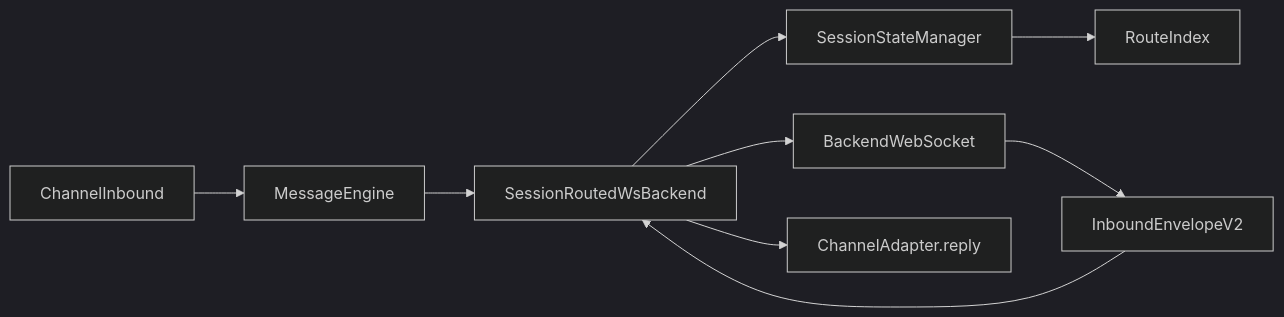
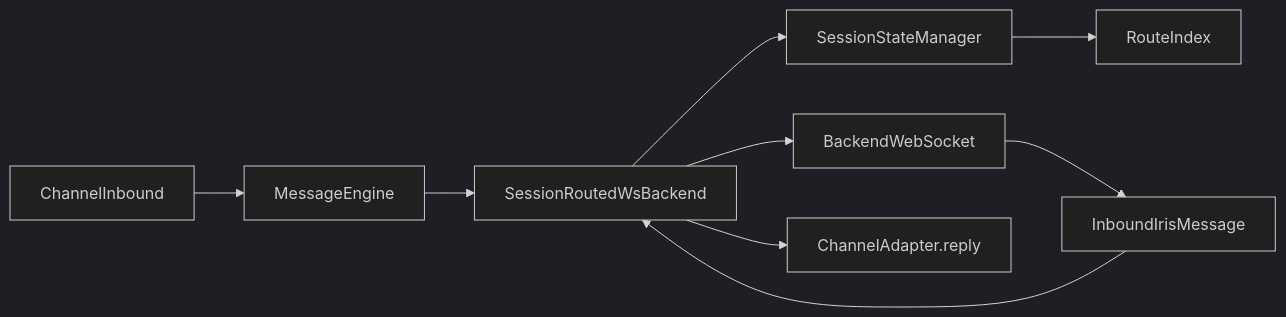
The diagram in docs/architecture/session-routing.md (makexxoo/iris), drawn with Mermaid (dark theme) before and after one commit. The commit also changed other lines of this file and 21 other files, not shown here.

````diff
--- a/docs/architecture/session-routing.md
+++ b/docs/architecture/session-routing.md
@@ -25,11 +25,11 @@
 ```mermaid
 flowchart LR
   channelInbound[ChannelInbound] --> engine[MessageEngine]
   engine --> backend[SessionRoutedWsBackend]
   backend --> sessionMgr[SessionStateManager]
   sessionMgr --> routeIndex[RouteIndex]
   backend --> backendWs[BackendWebSocket]
-  backendWs --> inbound[InboundEnvelopeV2]
+  backendWs --> inbound[InboundIrisMessage]
   inbound --> backend
   backend --> channelReply[ChannelAdapter.reply]
 ```
````
